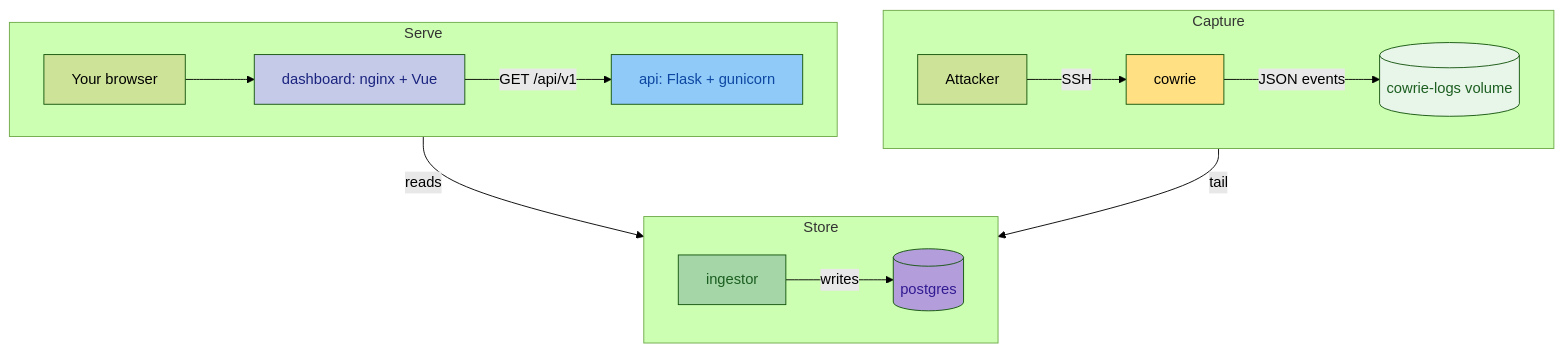
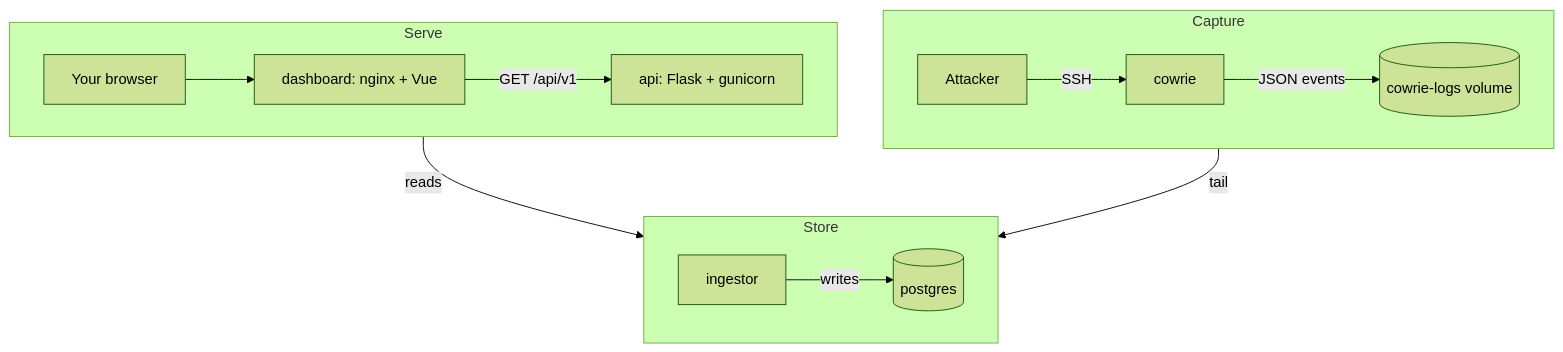
One commit to straightchlorine/honeywatch changed the diagram in docs/index.md. Above: the diagram before and after it, drawn with Mermaid (forest theme). The commit also changed 48 other files, not shown here.

````diff
--- a/docs/index.md
+++ b/docs/index.md
@@ -44,26 +44,19 @@
 ```mermaid
 graph TB
     subgraph capture [Capture]
         direction LR
         ATT[Attacker] -->|SSH| COW[cowrie]
         COW -->|JSON events| LOG[(cowrie-logs volume)]
     end
     subgraph store [Store]
         direction LR
         ING[ingestor] -->|writes| PG[(postgres)]
     end
     subgraph serve [Serve]
         direction LR
         YOU[Your browser] --> DASH[dashboard: nginx + Vue]
         DASH -->|GET /api/v1| API[api: Flask + gunicorn]
     end
     LOG -->|tail| ING
     API -->|reads| PG
-
-    style COW fill:#ffe082,color:#000
-    style LOG fill:#e8f5e9,color:#1b5e20
-    style ING fill:#a5d6a7,color:#1b5e20
-    style PG fill:#b39ddb,color:#311b92
-    style API fill:#90caf9,color:#0d47a1
-    style DASH fill:#c5cae9,color:#1a237e
 ```
````
